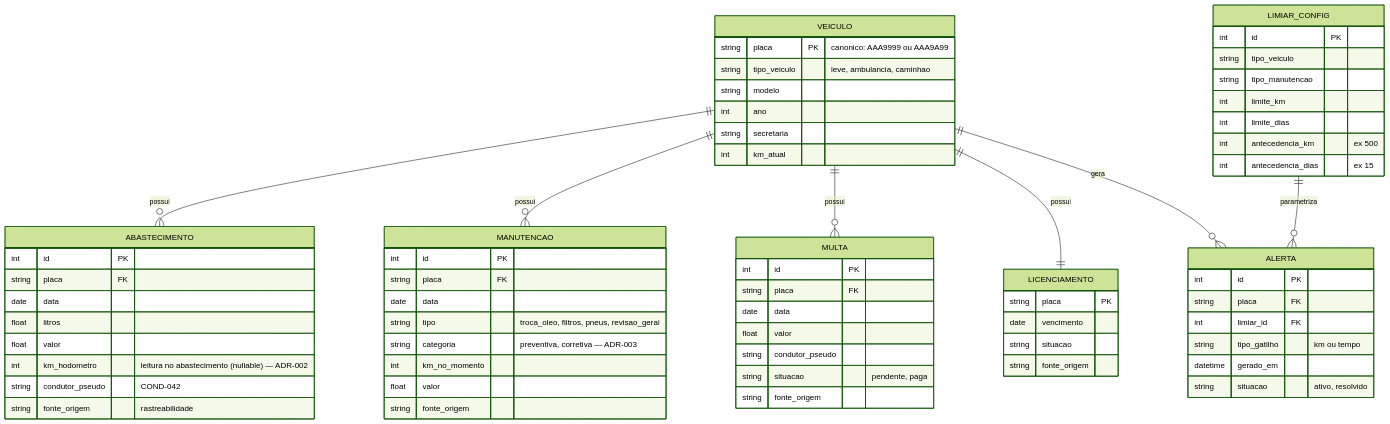
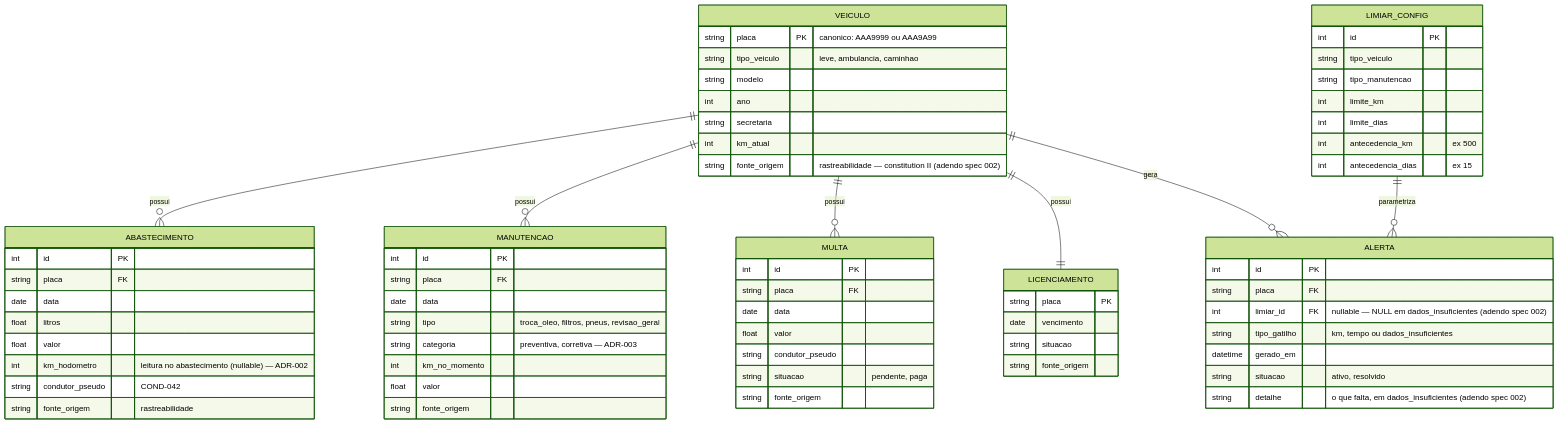
One commit to rc-ventura/floripa-frota-inteligente changed the third of 4 diagrams in wiki/arquitetura_tecnica_desafio13_v2.md. Above: the diagram before and after it, drawn with Mermaid (forest theme). The commit also changed other lines of this file and 8 other files, not shown here.

First line of the commit message:
docs: plano técnico da spec 002 (plan, research, data-model, contracts, quickstart, tasks) + adendo ERD v2

````diff
--- a/wiki/arquitetura_tecnica_desafio13_v2.md
+++ b/wiki/arquitetura_tecnica_desafio13_v2.md
@@ -114,70 +114,72 @@
 ```mermaid
 erDiagram
     VEICULO ||--o{ ABASTECIMENTO : possui
     VEICULO ||--o{ MANUTENCAO : possui
     VEICULO ||--o{ MULTA : possui
     VEICULO ||--|| LICENCIAMENTO : possui
     VEICULO ||--o{ ALERTA : gera
     LIMIAR_CONFIG ||--o{ ALERTA : parametriza
 
     VEICULO {
         string placa PK "canonico: AAA9999 ou AAA9A99"
         string tipo_veiculo "leve, ambulancia, caminhao"
         string modelo
         int ano
         string secretaria
         int km_atual
+        string fonte_origem "rastreabilidade — constitution II (adendo spec 002)"
     }
     ABASTECIMENTO {
         int id PK
         string placa FK
         date data
         float litros
         float valor
         int km_hodometro "leitura no abastecimento (nullable) — ADR-002"
         string condutor_pseudo "COND-042"
         string fonte_origem "rastreabilidade"
     }
     MANUTENCAO {
         int id PK
         string placa FK
         date data
         string tipo "troca_oleo, filtros, pneus, revisao_geral"
         string categoria "preventiva, corretiva — ADR-003"
         int km_no_momento
         float valor
         string fonte_origem
     }
     MULTA {
         int id PK
         string placa FK
         date data
         float valor
         string condutor_pseudo
         string situacao "pendente, paga"
         string fonte_origem
     }
     LICENCIAMENTO {
         string placa PK
         date vencimento
         string situacao
         string fonte_origem
     }
     LIMIAR_CONFIG {
         int id PK
         string tipo_veiculo
         string tipo_manutencao
         int limite_km
         int limite_dias
         int antecedencia_km "ex 500"
         int antecedencia_dias "ex 15"
     }
     ALERTA {
         int id PK
         string placa FK
-        int limiar_id FK
-        string tipo_gatilho "km ou tempo"
+        int limiar_id FK "nullable — NULL em dados_insuficientes (adendo spec 002)"
+        string tipo_gatilho "km, tempo ou dados_insuficientes"
         datetime gerado_em
         string situacao "ativo, resolvido"
+        string detalhe "o que falta, em dados_insuficientes (adendo spec 002)"
     }
 ```
````
